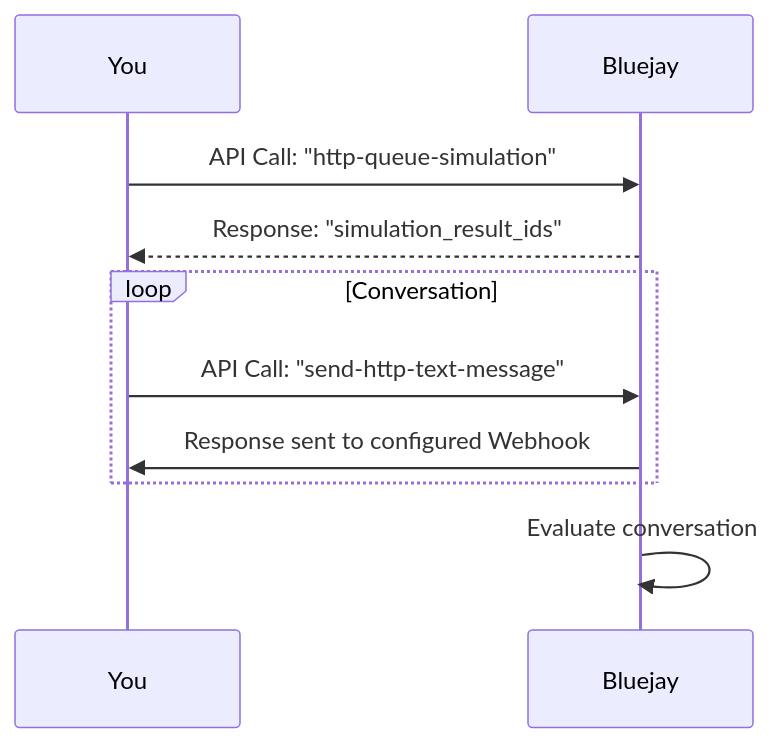
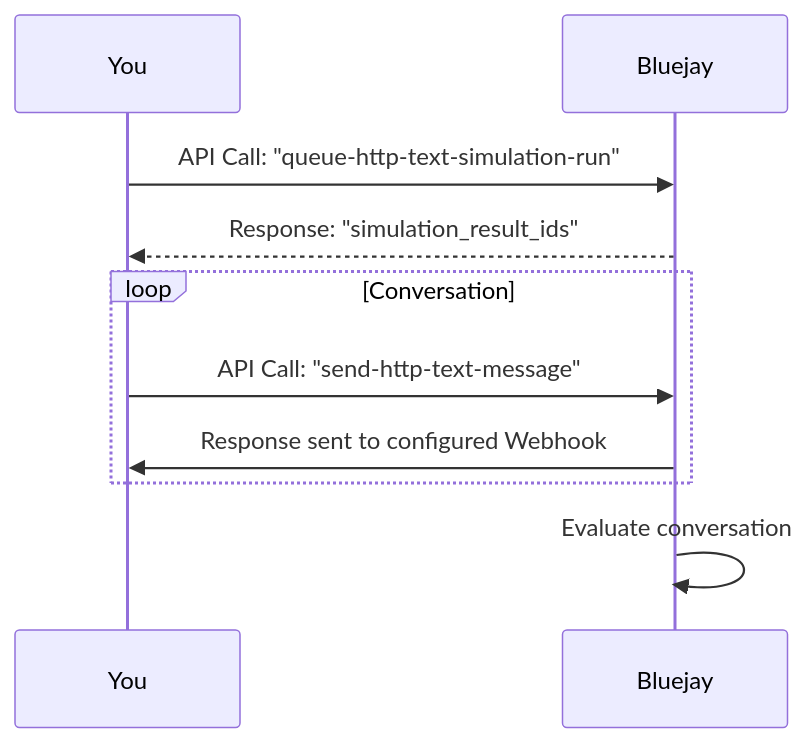
The diagram in simulation-integrations/http-webhooks.mdx (bluejay-ai-dev/docs), drawn with Mermaid before and after one commit.

````diff
--- a/simulation-integrations/http-webhooks.mdx
+++ b/simulation-integrations/http-webhooks.mdx
@@ -10,13 +10,13 @@
 ```mermaid
 sequenceDiagram
     participant You
     participant Bluejay
    
-    You->>Bluejay: API Call: "http-queue-simulation"
+    You->>Bluejay: API Call: "queue-http-text-simulation-run"
     Bluejay-->>You: Response: "simulation_result_ids"
     loop Conversation
         You->>Bluejay: API Call: "send-http-text-message"
         Bluejay->>You: Response sent to configured Webhook
     end
     Bluejay->>Bluejay: Evaluate conversation
 ```
````
